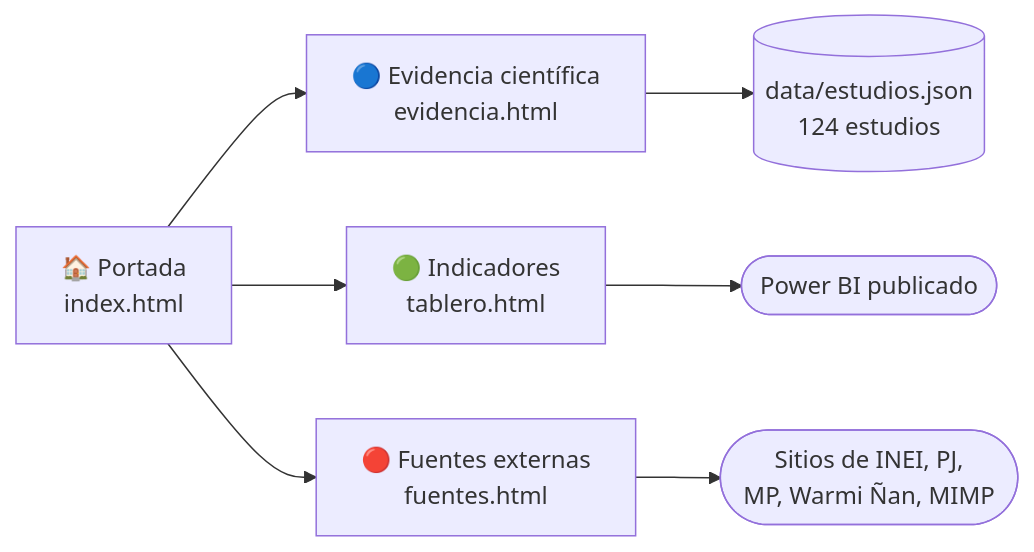
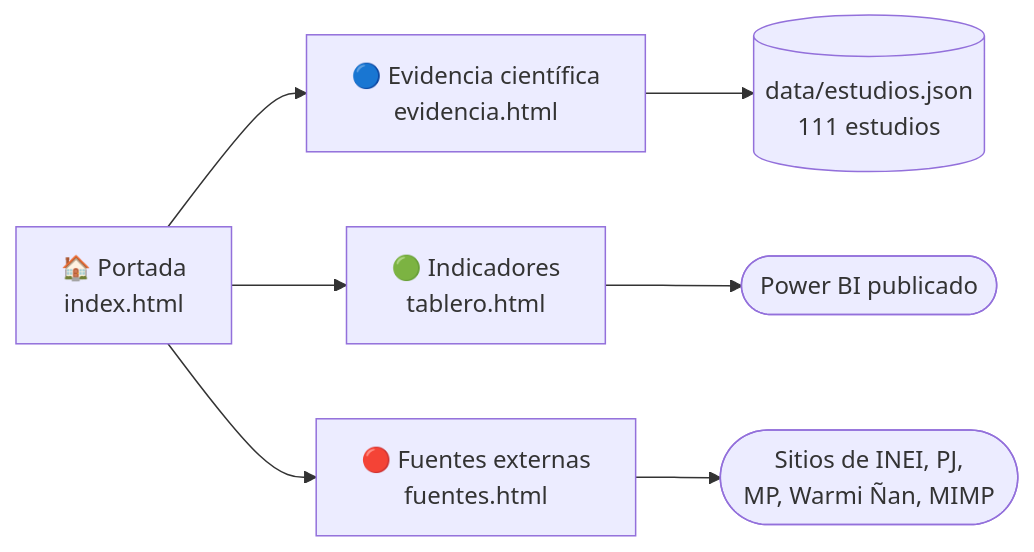
The first of 3 diagrams in README.md (aotero1703/mapa-evidencias-mimp), drawn with Mermaid before and after one commit. The commit also changed other lines of this file and 4 other files, not shown here.

````diff
--- a/README.md
+++ b/README.md
@@ -50,9 +50,9 @@
 ```mermaid
 flowchart LR
     P["🏠 Portada<br/>index.html"] --> E["🔵 Evidencia científica<br/>evidencia.html"]
     P --> T["🟢 Indicadores<br/>tablero.html"]
     P --> F["🔴 Fuentes externas<br/>fuentes.html"]
-    E --> D[("data/estudios.json<br/>124 estudios")]
+    E --> D[("data/estudios.json<br/>111 estudios")]
     T --> PB(["Power BI publicado"])
     F --> X(["Sitios de INEI, PJ,<br/>MP, Warmi Ñan, MIMP"])
 ```
````
